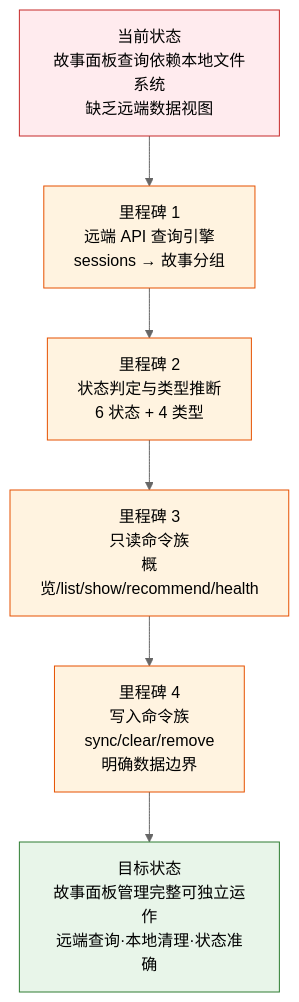
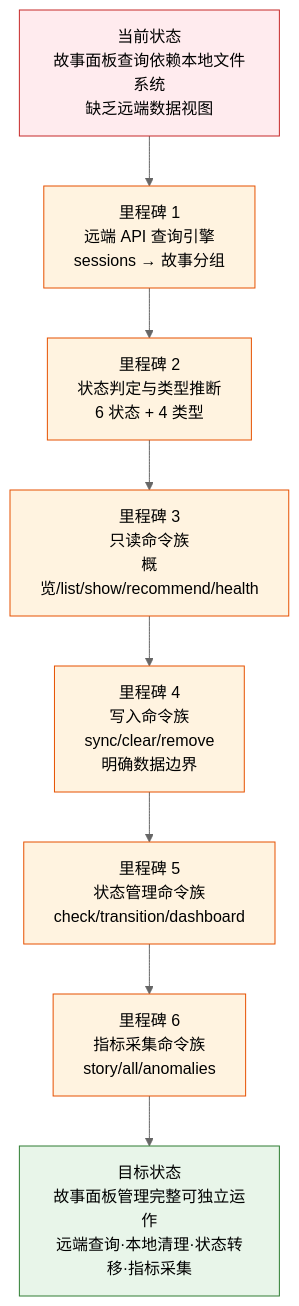
Before and after one commit to effiy/YrY: the first of 2 diagrams in docs/故事任务面板/rui-story/YrY-故事任务.md, drawn with Mermaid (neutral theme). The commit also changed other lines of this file and 8 other files, not shown here.

````diff
--- a/docs/故事任务面板/rui-story/YrY-故事任务.md
+++ b/docs/故事任务面板/rui-story/YrY-故事任务.md
@@ -23,13 +23,15 @@
 ```mermaid
 flowchart TD
     NOW["当前状态<br/>故事面板查询依赖本地文件系统<br/>缺乏远端数据视图"]:::pain
     NOW --> M1["里程碑 1<br/>远端 API 查询引擎<br/>sessions → 故事分组"]:::milestone
     M1 --> M2["里程碑 2<br/>状态判定与类型推断<br/>6 状态 + 4 类型"]:::milestone
     M2 --> M3["里程碑 3<br/>只读命令族<br/>概览/list/show/recommend/health"]:::milestone
     M3 --> M4["里程碑 4<br/>写入命令族<br/>sync/clear/remove<br/>明确数据边界"]:::milestone
-    M4 --> GOAL["目标状态<br/>故事面板管理完整可独立运作<br/>远端查询·本地清理·状态准确"]:::goal
+    M4 --> M5["里程碑 5<br/>状态管理命令族<br/>check/transition/dashboard"]:::milestone
+    M5 --> M6["里程碑 6<br/>指标采集命令族<br/>story/all/anomalies"]:::milestone
+    M6 --> GOAL["目标状态<br/>故事面板管理完整可独立运作<br/>远端查询·本地清理·状态转移·指标采集"]:::goal
 
     classDef pain fill:#ffebee,stroke:#c62828;
     classDef milestone fill:#fff3e0,stroke:#e65100;
     classDef goal fill:#e8f5e9,stroke:#2e7d32;
 ```
````
